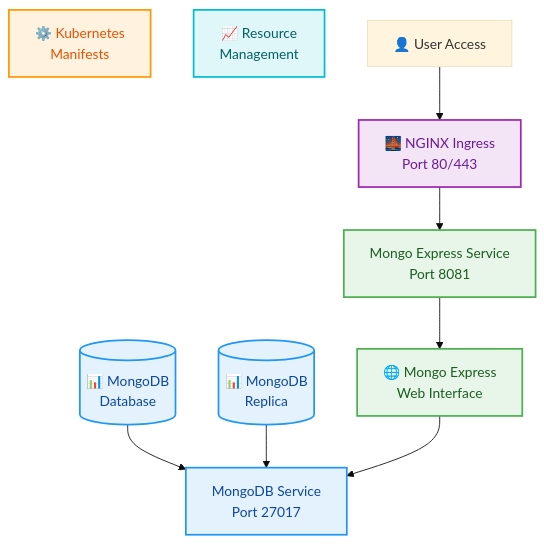
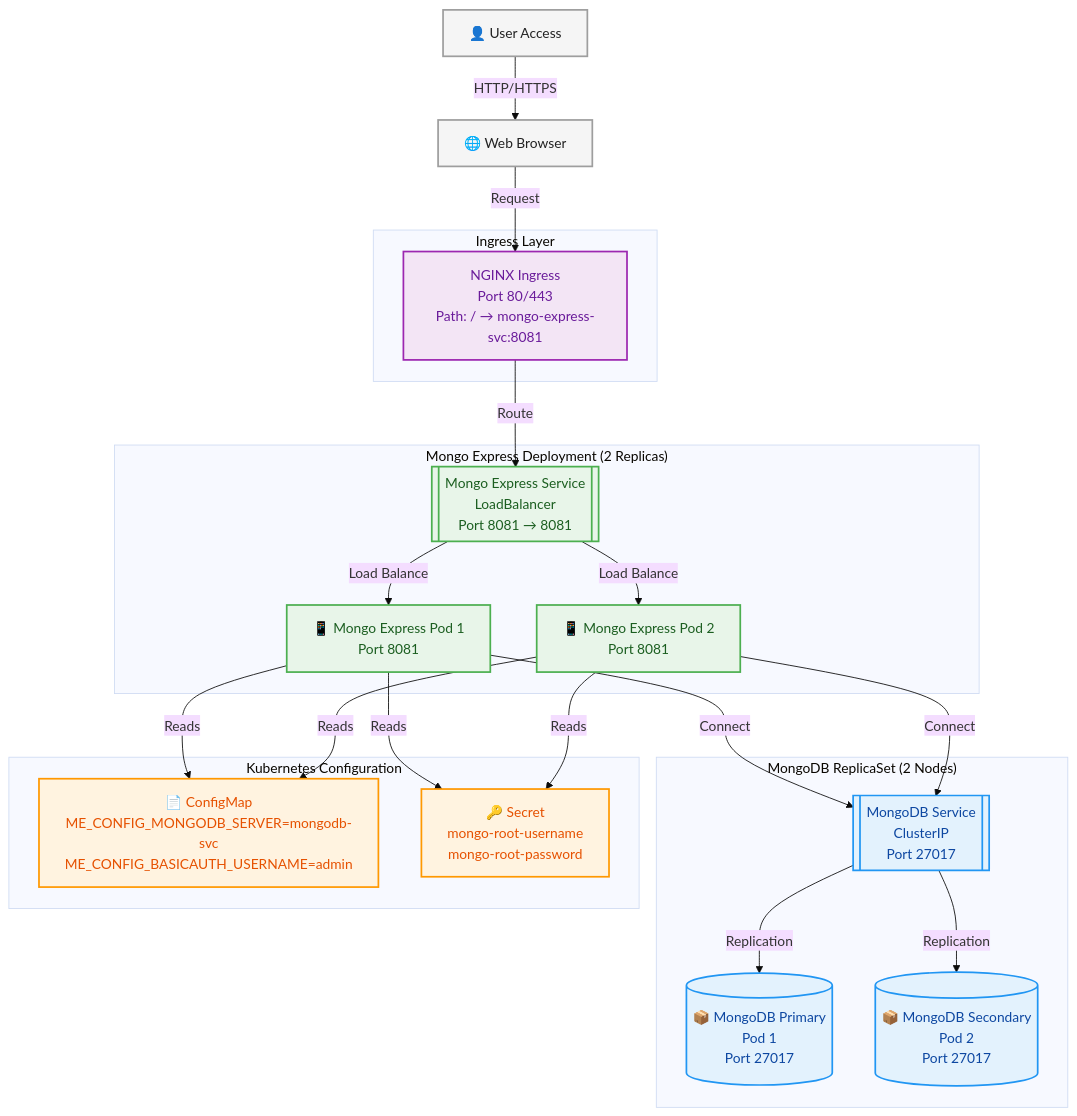
The diagram in README.md (matthewntsiful/k8s-mongo-express-app), drawn with Mermaid (base theme) before and after one commit. The commit also changed 1 other file, not shown here.

Commit message:
Architecture Diagram Updated

````diff
--- a/README.md
+++ b/README.md
@@ -48,43 +48,68 @@
 ```mermaid
 graph TD
     %% Styling
     classDef mongo fill:#e3f2fd,stroke:#2196f3,color:#0d47a1,stroke-width:2px
     classDef express fill:#e8f5e9,stroke:#4caf50,color:#1b5e20,stroke-width:2px
     classDef k8s fill:#fff3e0,stroke:#ff9800,color:#e65100,stroke-width:2px
     classDef ingress fill:#f3e5f5,stroke:#9c27b0,color:#6a1b9a,stroke-width:2px
     classDef resource fill:#e0f7fa,stroke:#00bcd4,color:#006064,stroke-width:2px
+    classDef user fill:#f5f5f5,stroke:#9e9e9e,color:#212121,stroke-width:2px
     
-    %% Nodes
-    mdb1[(📊 MongoDB\nDatabase)]
-    mdb2[(📊 MongoDB\nReplica)]
-    mdbSvc[MongoDB Service\nPort 27017]
+    %% User Access
+    user[👤 User Access]
+    browser[🌐 Web Browser]
     
-    me[🌐 Mongo Express\nWeb Interface]
-    meSvc[Mongo Express Service\nPort 8081]
+    %% Ingress Layer
+    subgraph Ingress Layer
+        nginx[NGINX Ingress\nPort 80/443\nPath: / → mongo-express-svc:8081]
+    end
     
-    k8s[⚙️ Kubernetes\nManifests]
-    res[📈 Resource\nManagement]
+    %% Mongo Express Cluster
+    subgraph "Mongo Express Deployment (2 Replicas)"
+        me1[📱 Mongo Express Pod 1\nPort 8081]
+        me2[📱 Mongo Express Pod 2\nPort 8081]
+        meSvc[[Mongo Express Service\nLoadBalancer\nPort 8081 → 8081]]
+    end
     
-    nginx[🌉 NGINX Ingress\nPort 80/443]
-    user[👤 User Access]
+    %% MongoDB Cluster
+    subgraph "MongoDB ReplicaSet (2 Nodes)"
+        mdb1[(📦 MongoDB Primary\nPod 1\nPort 27017)]
+        mdb2[(📦 MongoDB Secondary\nPod 2\nPort 27017)]
+        mdbSvc[[MongoDB Service\nClusterIP\nPort 27017]]
+    end
+    
+    %% Configuration
+    subgraph "Kubernetes Configuration"
+        config[📄 ConfigMap\nME_CONFIG_MONGODB_SERVER=mongodb-svc\nME_CONFIG_BASICAUTH_USERNAME=admin]
+        secret[🔑 Secret\nmongo-root-username\nmongo-root-password]
+    end
     
     %% Connections
-    mdb1 --> mdbSvc
-    mdb2 --> mdbSvc
-    me --> mdbSvc
-    meSvc --> me
-    nginx --> meSvc
-    user --> nginx
+    user -->|HTTP/HTTPS| browser
+    browser -->|Request| nginx
+    nginx -->|Route| meSvc
+    meSvc -->|Load Balance| me1
+    meSvc -->|Load Balance| me2
+    me1 -->|Connect| mdbSvc
+    me2 -->|Connect| mdbSvc
+    mdbSvc -->|Replication| mdb1
+    mdbSvc -->|Replication| mdb2
+    
+    %% Configuration Connections
+    me1 -->|Reads| config
+    me2 -->|Reads| config
+    me1 -->|Reads| secret
+    me2 -->|Reads| secret
     
     %% Apply styles
     class mdb1,mdb2,mdbSvc mongo
-    class me,meSvc express
-    class k8s k8s
+    class me1,me2,meSvc express
     class nginx ingress
-    class res resource
+    class config,secret k8s
+    class user,browser user
     
     %% Legend
     click mdb1 "#mongodb" _self
-    click me "#mongo-express" _self
+    click me1 "#mongo-express" _self
     click nginx "#ingress" _self
 ```
````
